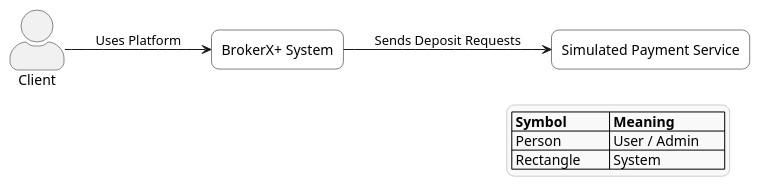
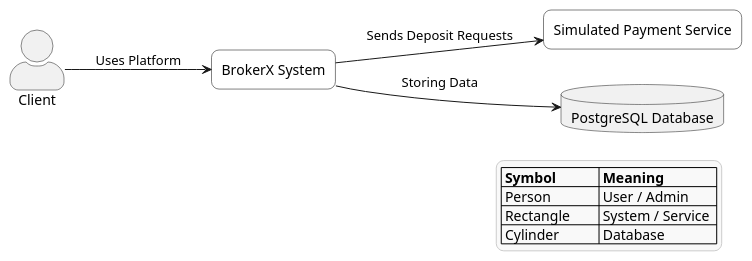
One commit to William-Lavoie/BrokerX changed the diagram in documentation/context_diagram.puml. Above: the diagram before and after it, drawn with PlantUML. The commit also changed 3 other files, not shown here.

Commit message:
documentation -arc42 section 3 - activity and updated context diagrams

```diff
--- a/documentation/context_diagram.puml
+++ b/documentation/context_diagram.puml
@@ -1,25 +1,29 @@
-@startuml
+@startuml Context diagram
 left to right direction
 skinparam style strictuml
 skinparam ActorStyle awesome
 skinparam rectangle {
   BackgroundColor #FFFFFF
   BorderColor #000000
   RoundCorner 15
 }
 skinparam legendBackgroundColor #F9F9F9
 skinparam legendBorderColor #CCCCCC
 
 actor Client as "Client"
-rectangle "BrokerX+ System" as BrokerX
+rectangle "BrokerX System" as BrokerX
 rectangle "Simulated Payment Service" as SPS
+database "PostgreSQL Database" as DB
 
 Client --> BrokerX : Uses Platform
 BrokerX --> SPS : Sends Deposit Requests
+BrokerX --> DB : Storing Data
+
 
 legend right
   |= Symbol |= Meaning           |
   | Person        | User / Admin       |
-  | Rectangle        | System    |
+  | Rectangle        | System / Service  |
+  | Cylinder        | Database       |
 endlegend
 @enduml
```
